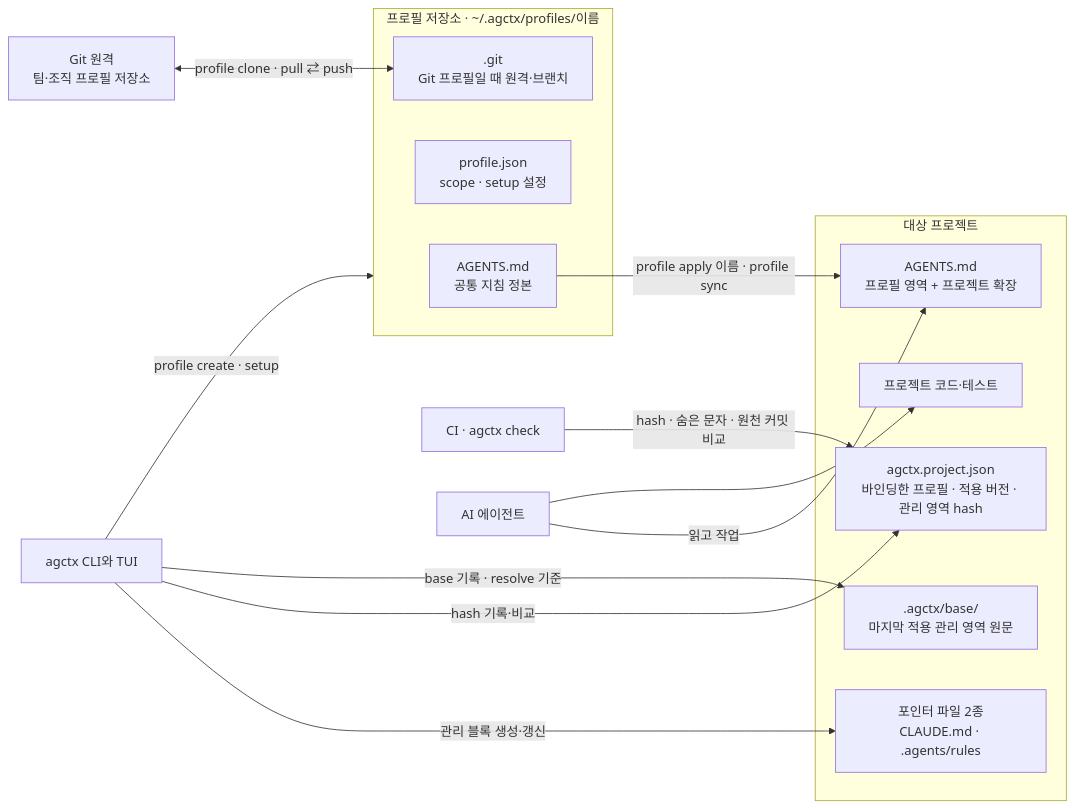
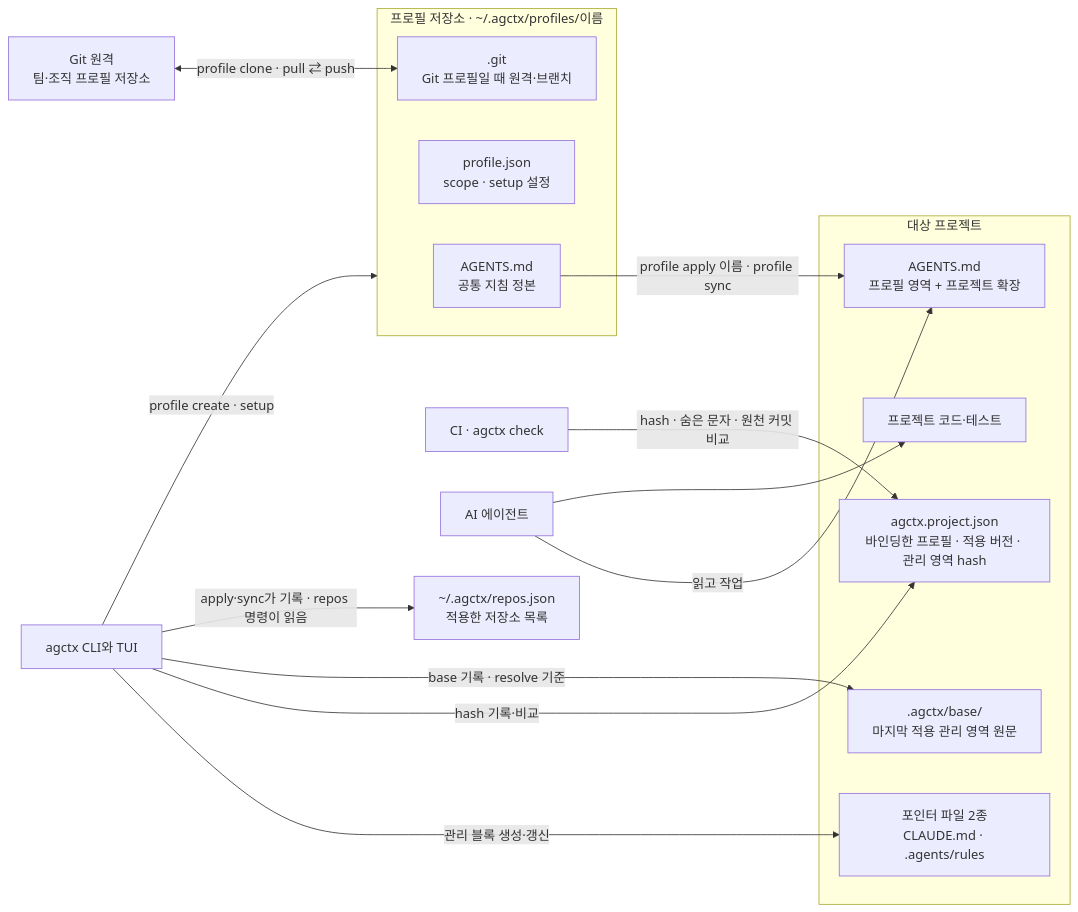
The diagram in docs/architecture/README.md (IsthisLee/agent-context-manager), drawn with Mermaid before and after one commit. The commit also changed other lines of this file and 34 other files, not shown here.

First line of the commit message:
feat: 적용한 저장소 목록과 repos status·sync·pr을 추가한다

````diff
--- a/docs/architecture/README.md
+++ b/docs/architecture/README.md
@@ -12,25 +12,26 @@
 ```mermaid
 flowchart LR
   REMOTE["Git 원격<br/>팀·조직 프로필 저장소"]
   subgraph HOME["프로필 저장소 · ~/.agctx/profiles/이름"]
     PAGENTS["AGENTS.md<br/>공통 지침 정본"]
     PMETA["profile.json<br/>scope · setup 설정"]
     PGIT[".git<br/>Git 프로필일 때 원격·브랜치"]
   end
   subgraph PROJECT["대상 프로젝트"]
     JAGENTS["AGENTS.md<br/>프로필 영역 + 프로젝트 확장"]
     JCONFIG["agctx.project.json<br/>바인딩한 프로필 · 적용 버전 · 관리 영역 hash"]
     JPOINTER["포인터 파일 2종<br/>CLAUDE.md · .agents/rules"]
     JBASE[".agctx/base/<br/>마지막 적용 관리 영역 원문"]
     CODE["프로젝트 코드·테스트"]
   end
   CLI["agctx CLI와 TUI"] -->|"profile create · setup"| HOME
   PAGENTS -->|"profile apply 이름 · profile sync"| JAGENTS
   CLI -->|"관리 블록 생성·갱신"| JPOINTER
   CLI -->|"hash 기록·비교"| JCONFIG
   CLI -->|"base 기록 · resolve 기준"| JBASE
   REMOTE <-->|"profile clone · pull ⇄ push"| PGIT
   CI["CI · agctx check"] -->|"hash · 숨은 문자 · 원천 커밋 비교"| JCONFIG
+  CLI -->|"apply·sync가 기록 · repos 명령이 읽음"| REPOLIST["~/.agctx/repos.json<br/>적용한 저장소 목록"]
   AGENT["AI 에이전트"] -->|"읽고 작업"| JAGENTS
   AGENT --> CODE
 ```
````
